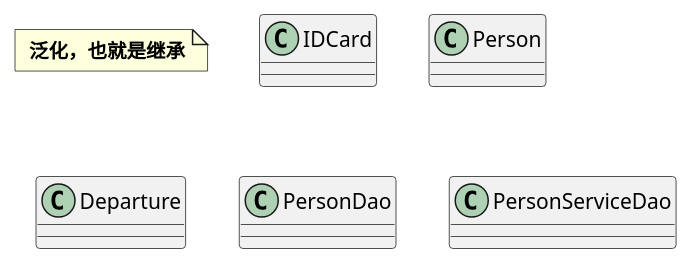
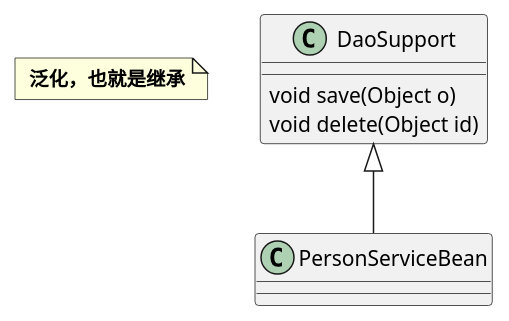
Before and after one commit to forrestlmj/javaLearn: the diagram in JavaDesignPattern/src/main/java/com/github/yck/uml/generalization/generalization.puml, drawn with PlantUML. The commit also changed 1 other file, not shown here.

Commit message:
UML: Generalization

```diff
--- a/JavaDesignPattern/src/main/java/com/github/yck/uml/generalization/generalization.puml
+++ b/JavaDesignPattern/src/main/java/com/github/yck/uml/generalization/generalization.puml
@@ -1,17 +1,17 @@
 @startuml
 'https://plantuml.com/class-diagram
 
 note as N
     <b> 泛化，也就是继承</b>
 end note
 
-class IDCard
-class Person
-class Departure
-class PersonDao
-
-class PersonServiceDao{
-
+class DaoSupport{
+    void save(Object o)
+    void delete(Object id)
 }
 
+class PersonServiceBean
+
+DaoSupport <|-- PersonServiceBean
+
 @enduml
```
